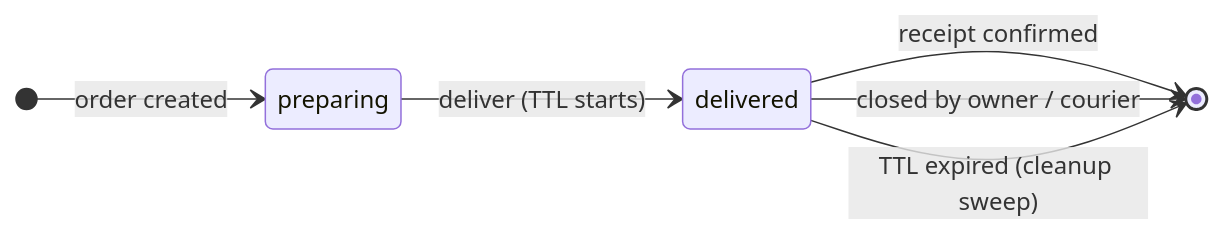
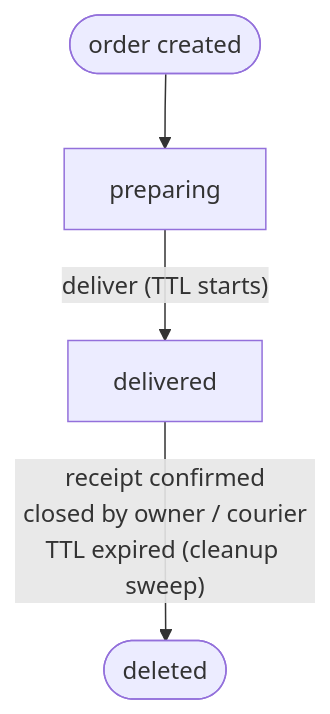
One commit to kilerdevs/DeadDropMGMT changed the second of 3 diagrams in README.md. Above: the diagram before and after it, drawn with Mermaid. The commit also changed other lines of this file, not shown here.

First line of the commit message:
Make the README diagrams narrower so GitHub's zoom controls do not cover them

````diff
--- a/README.md
+++ b/README.md
@@ -123,9 +123,6 @@
 ```mermaid
-stateDiagram-v2
-    direction LR
-    [*] --> preparing: order created
-    preparing --> delivered: deliver (TTL starts)
-    delivered --> [*]: receipt confirmed
-    delivered --> [*]: closed by owner / courier
-    delivered --> [*]: TTL expired (cleanup sweep)
+flowchart TB
+    N(["order created"]) --> P["preparing"]
+    P -- "deliver (TTL starts)" --> D["delivered"]
+    D -- "receipt confirmed<br/>closed by owner / courier<br/>TTL expired (cleanup sweep)" --> G(["deleted"])
 ```
````
